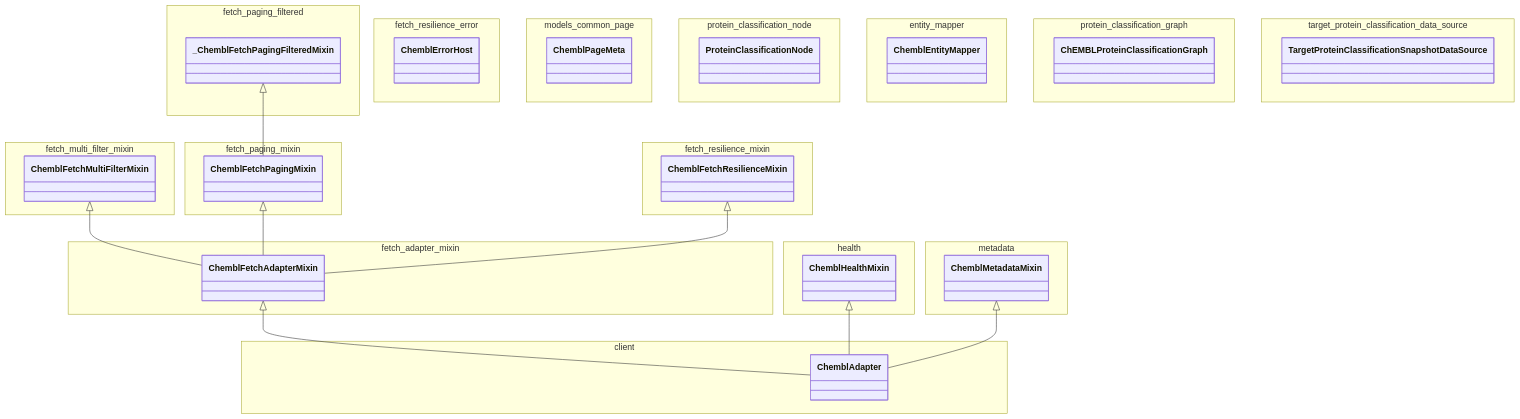
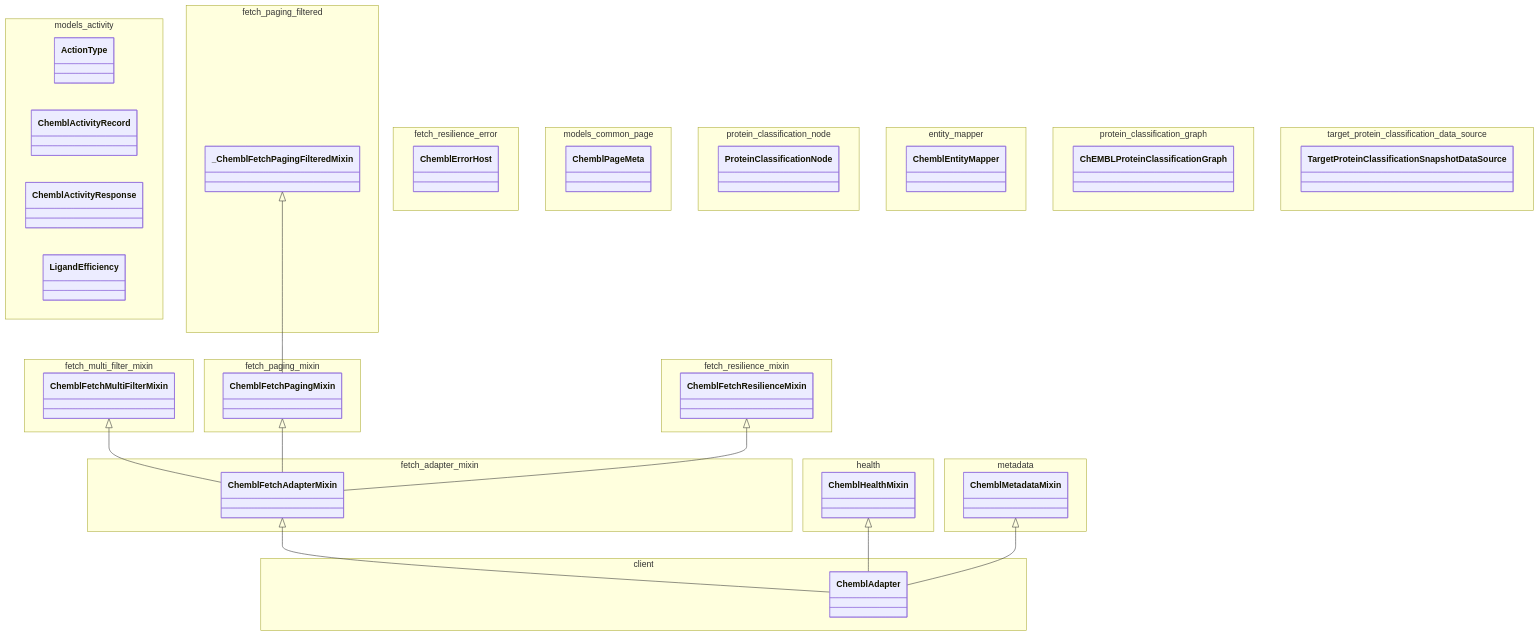
One commit to SatoryKono/BioactivityDataAcquisition changed the diagram in docs/02-architecture/diagrams/class-diagrams/90-pkg-infrastructure-adapters-chembl-part2.mmd. Above: the diagram before and after it, drawn with Mermaid. The commit also changed 12 other files, not shown here.

Commit message:
ci: port isolated architecture docs and provider drift audits

```diff
--- a/docs/02-architecture/diagrams/class-diagrams/90-pkg-infrastructure-adapters-chembl-part2.mmd
+++ b/docs/02-architecture/diagrams/class-diagrams/90-pkg-infrastructure-adapters-chembl-part2.mmd
@@ -1,74 +1,81 @@
 %% Title: Package Family: infrastructure/adapters/chembl (Part 2/2)
-%% Covers: AST-derived supplemental package-family inventory slice for src/bioetl/infrastructure/adapters/chembl; part 2/2; modules: _fetch_paging_filtered, _fetch_resilience_error, _models_common_page, _protein_classification_node, client, entity_mapper.
+%% Covers: AST-derived supplemental package-family inventory slice for src/bioetl/infrastructure/adapters/chembl; part 2/2; modules: models_activity, _fetch_paging_filtered, _fetch_resilience_error, _models_common_page, _protein_classification_node, client.
 %% Components: top-level classes grouped by source module.
 %% @version 1.0.0
 %% @type    classDiagram
 %% @date    2026-10-04
 %% @level   Package Family / Inventory Slice
-%% @nodes   14
+%% @nodes   18
 %% @reference Generated supplemental package-family slice used to keep node density within the class-diagram readability budget (<= 30).
 classDiagram
+
+    namespace models_activity {
+        class ActionType
+        class ChemblActivityRecord
+        class ChemblActivityResponse
+        class LigandEfficiency
+    }
 
     namespace fetch_paging_filtered {
         class _ChemblFetchPagingFilteredMixin
     }
 
     namespace fetch_resilience_error {
         class ChemblErrorHost
     }
 
     namespace models_common_page {
         class ChemblPageMeta
     }
 
     namespace protein_classification_node {
         class ProteinClassificationNode
     }
 
     namespace client {
         class ChemblAdapter
     }
 
     namespace entity_mapper {
         class ChemblEntityMapper
     }
 
     namespace fetch_adapter_mixin {
         class ChemblFetchAdapterMixin
     }
 
     namespace fetch_multi_filter_mixin {
         class ChemblFetchMultiFilterMixin
     }
 
     namespace fetch_paging_mixin {
         class ChemblFetchPagingMixin
     }
 
     namespace fetch_resilience_mixin {
         class ChemblFetchResilienceMixin
     }
 
     namespace health {
         class ChemblHealthMixin
     }
 
     namespace metadata {
         class ChemblMetadataMixin
     }
 
     namespace protein_classification_graph {
         class ChEMBLProteinClassificationGraph
     }
 
     namespace target_protein_classification_data_source {
         class TargetProteinClassificationSnapshotDataSource
     }
 
     ChemblFetchAdapterMixin <|-- ChemblAdapter
     ChemblFetchMultiFilterMixin <|-- ChemblFetchAdapterMixin
     ChemblFetchPagingMixin <|-- ChemblFetchAdapterMixin
     ChemblFetchResilienceMixin <|-- ChemblFetchAdapterMixin
     ChemblHealthMixin <|-- ChemblAdapter
     ChemblMetadataMixin <|-- ChemblAdapter
     _ChemblFetchPagingFilteredMixin <|-- ChemblFetchPagingMixin
```
